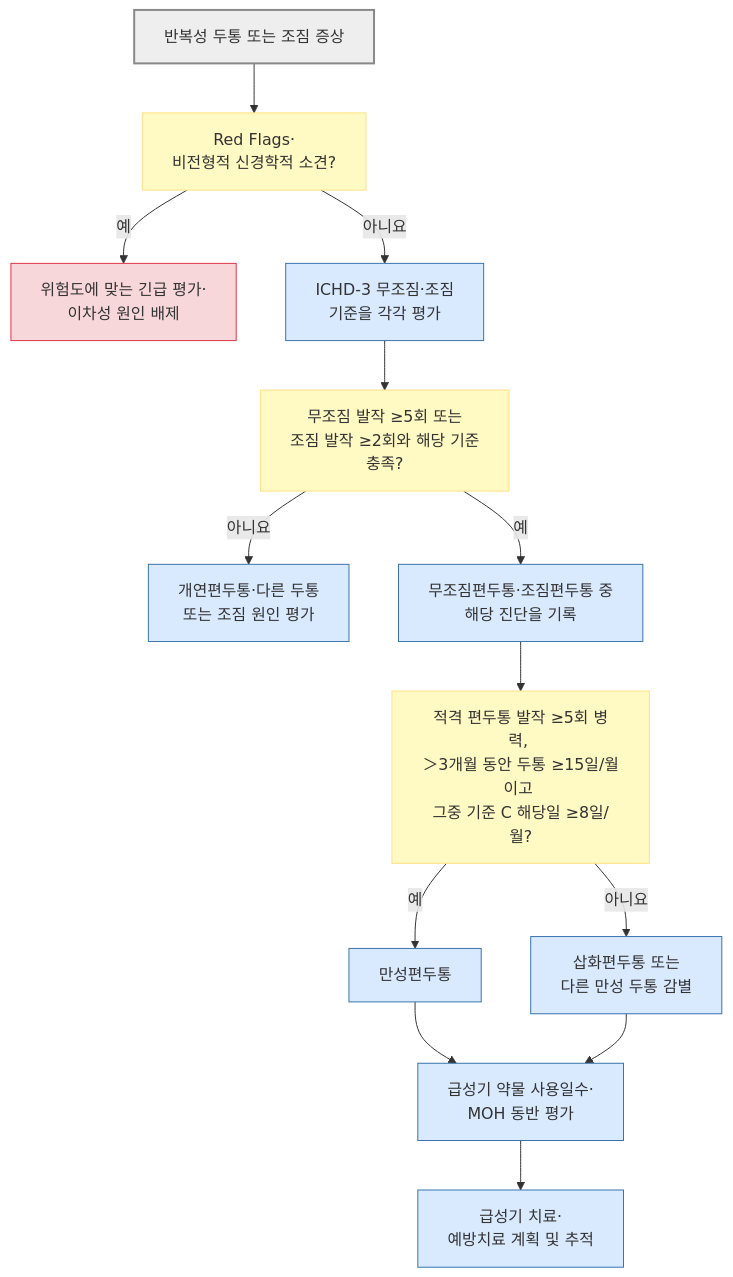
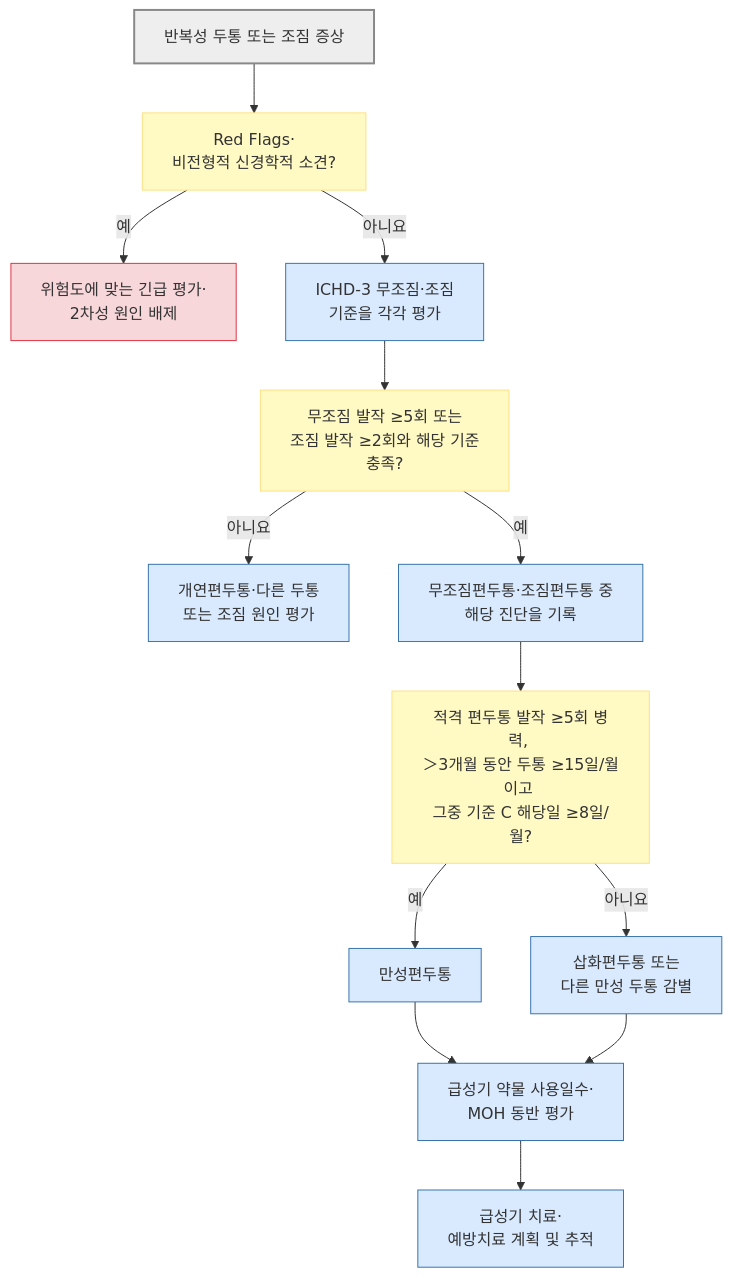
Before and after one commit to familyoh77/familyoh77: the first of 2 diagrams in 221_/016_-migraine.md, drawn with Mermaid. The commit also changed other lines of this file and 4 other files, not shown here.

````diff
--- a/221_/016_-migraine.md
+++ b/221_/016_-migraine.md
@@ -177,23 +177,23 @@
 ```mermaid
 flowchart TD
     A["반복성 두통 또는 조짐 증상"] --> B["Red Flags·<br/>비전형적 신경학적 소견?"]
-    B -- "예" --> C["위험도에 맞는 긴급 평가·<br/>이차성 원인 배제"]
+    B -- "예" --> C["위험도에 맞는 긴급 평가·<br/>2차성 원인 배제"]
     B -- "아니요" --> D["ICHD-3 무조짐·조짐 <br/>기준을 각각 평가"]
     D --> E["무조짐 발작 ≥5회 또는 <br/>조짐 발작 ≥2회와 해당 기준 <br/>충족?"]
     E -- "아니요" --> F["개연편두통·다른 두통 <br/>또는 조짐 원인 평가"]
     E -- "예" --> G["무조짐편두통·조짐편두통 중 <br/>해당 진단을 기록"]
     G --> H["적격 편두통 발작 ≥5회 병력, <br/>＞3개월 동안 두통 ≥15일/월이고 <br/>그중 기준 C 해당일 ≥8일/월?"]
     H -- "예" --> I["만성편두통"]
     H -- "아니요" --> J["삽화편두통 또는 <br/>다른 만성 두통 감별"]
     I --> K["급성기 약물 사용일수·<br/>MOH 동반 평가"]
     J --> K
     K --> L["급성기 치료·<br/>예방치료 계획 및 추적"]
     classDef question fill:#fff9c4,stroke:#ffe082
     classDef emergency fill:#f8d7da,stroke:#dc3545
     classDef care fill:#d9eaff,stroke:#3973ac
     class B,E,H question
     class C emergency
     class D,F,G,I,J,K,L care
     style A fill:#eeeeee,stroke:#888888,stroke-width:2px
 
 ```
````
